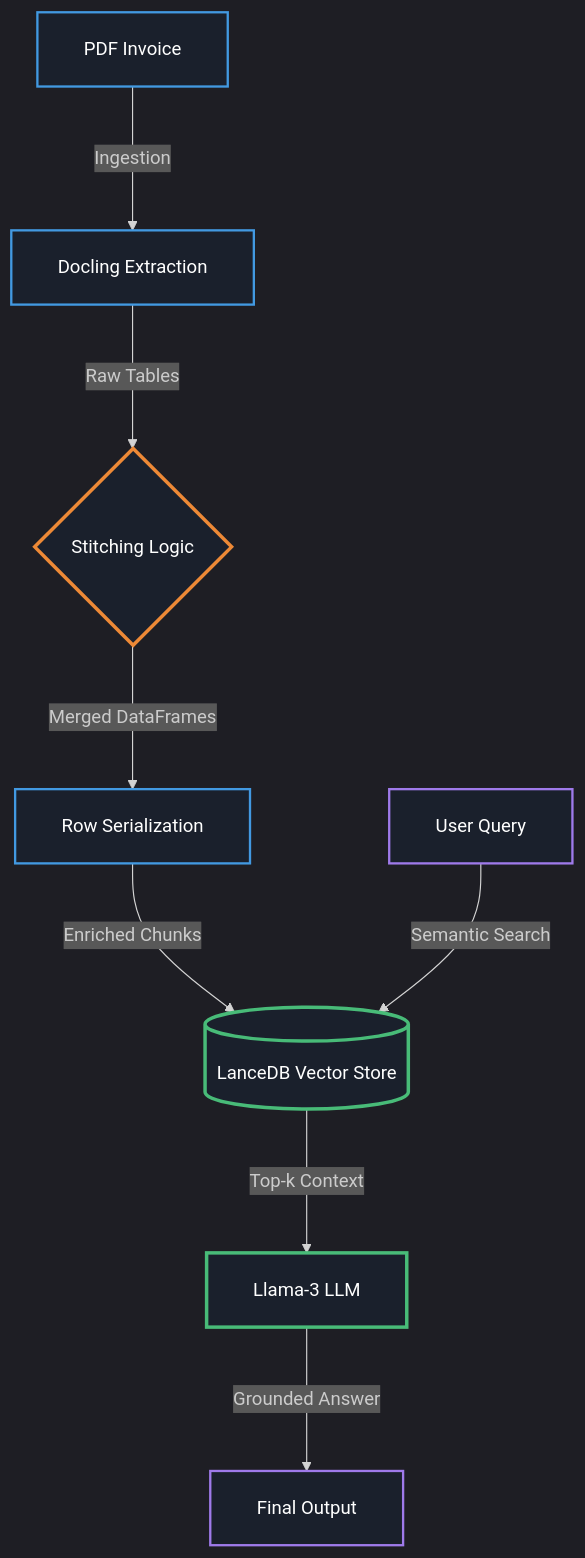
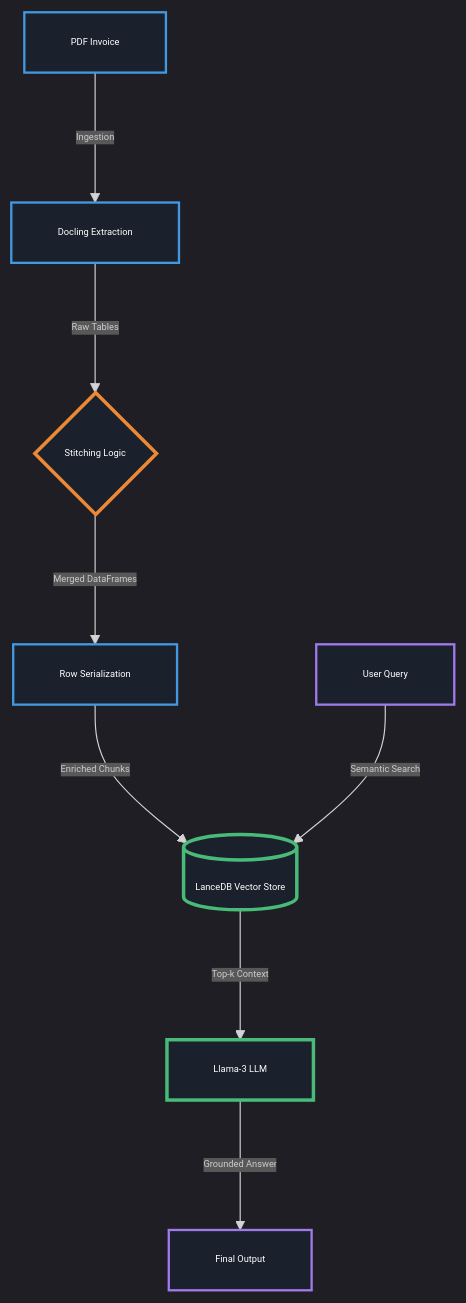
The diagram in design/architecture.md (Yassin522/Intelligent-Invoice-Line-Items-Extraction-Retrieval-System), drawn with Mermaid before and after one commit.

````diff
--- a/design/architecture.md
+++ b/design/architecture.md
@@ -6,22 +6,22 @@
 ```mermaid
-%%{init: {'theme':'dark', 'themeVariables': {'fontSize':'16px'}, 'flowchart':{'nodeSpacing': 120, 'rankSpacing': 100, 'padding': 20}}}%%
+%%{init: {'theme':'dark', 'themeVariables': {'fontSize':'8px'}, 'flowchart':{'nodeSpacing': 120, 'rankSpacing': 100, 'padding': 20}}}%%
 graph TD
     A[PDF Invoice] -->|Ingestion| B[Docling Extraction]
     B -->|Raw Tables| C{Stitching Logic}
     C -->|Merged DataFrames| D[Row Serialization]
     D -->|Enriched Chunks| E[(LanceDB Vector Store)]
     F[User Query] -->|Semantic Search| E
     E -->|Top-k Context| G[Llama-3 LLM]
     G -->|Grounded Answer| H[Final Output]
     
     style A fill:#1a202c,stroke:#4299e1,stroke-width:2px,color:#fff
     style B fill:#1a202c,stroke:#4299e1,stroke-width:2px,color:#fff
     style C fill:#1a202c,stroke:#ed8936,stroke-width:3px,color:#fff
     style D fill:#1a202c,stroke:#4299e1,stroke-width:2px,color:#fff
     style E fill:#1a202c,stroke:#48bb78,stroke-width:3px,color:#fff
     style F fill:#1a202c,stroke:#9f7aea,stroke-width:2px,color:#fff
     style G fill:#1a202c,stroke:#48bb78,stroke-width:3px,color:#fff
     style H fill:#1a202c,stroke:#9f7aea,stroke-width:2px,color:#fff
     
     classDef default fill:#1a202c,stroke:#4a5568,stroke-width:2px,color:#fff
 ```
````
